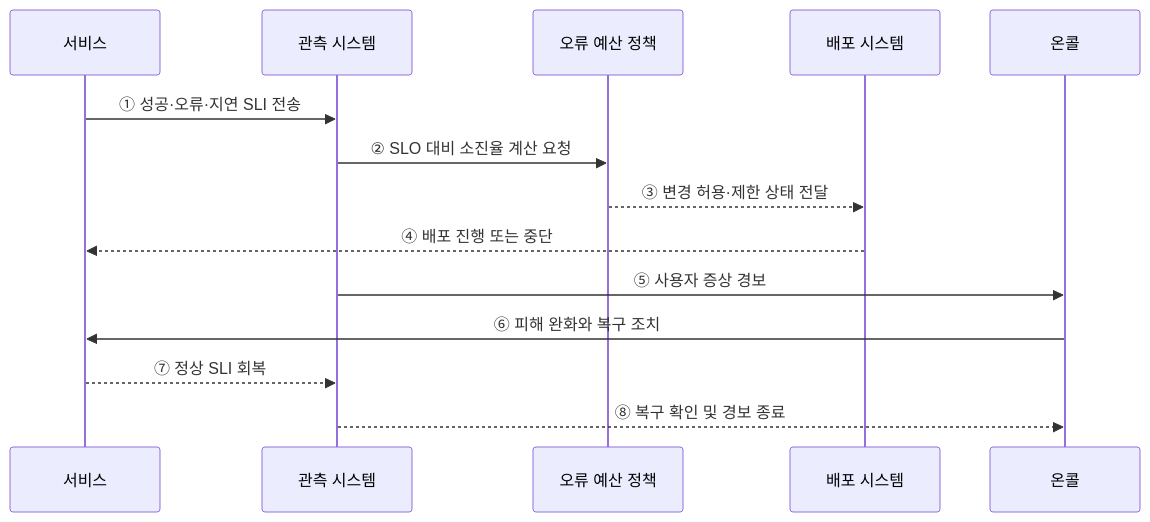
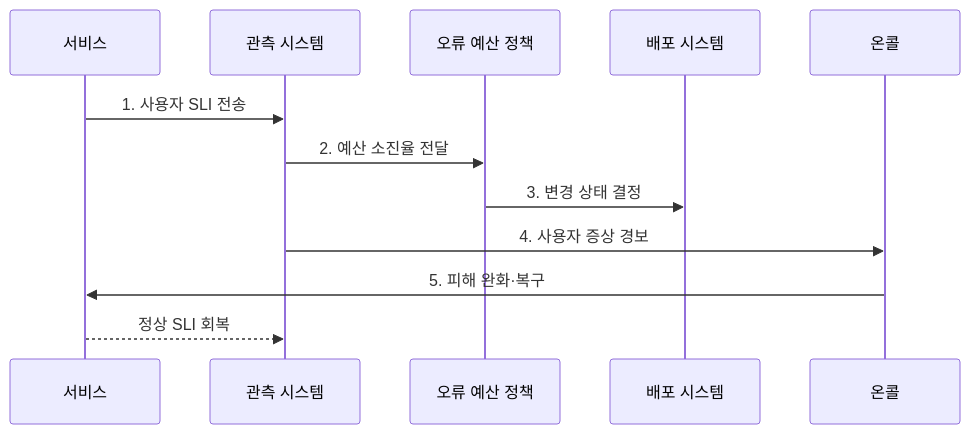
Before and after one commit to agnusdei1207/knowledge-base: the second of 2 diagrams in src/content/docs/notes/03-software/164_site_reliability_engineering.md, drawn with Mermaid. The commit also changed other lines of this file and 20 other files, not shown here.

````diff
--- a/src/content/docs/notes/03-software/164_site_reliability_engineering.md
+++ b/src/content/docs/notes/03-software/164_site_reliability_engineering.md
@@ -70,16 +82,14 @@
 ```mermaid
 sequenceDiagram
     participant S as 서비스
     participant M as 관측 시스템
     participant P as 오류 예산 정책
     participant D as 배포 시스템
     participant O as 온콜
-    S->>M: ① 성공·오류·지연 SLI 전송
-    M->>P: ② SLO 대비 소진율 계산 요청
-    P-->>D: ③ 변경 허용·제한 상태 전달
-    D-->>S: ④ 배포 진행 또는 중단
-    M->>O: ⑤ 사용자 증상 경보
-    O->>S: ⑥ 피해 완화와 복구 조치
-    S-->>M: ⑦ 정상 SLI 회복
-    M-->>O: ⑧ 복구 확인 및 경보 종료
+    S->>M: 1. 사용자 SLI 전송
+    M->>P: 2. 예산 소진율 전달
+    P->>D: 3. 변경 상태 결정
+    M->>O: 4. 사용자 증상 경보
+    O->>S: 5. 피해 완화·복구
+    S-->>M: 정상 SLI 회복
 ```
````
